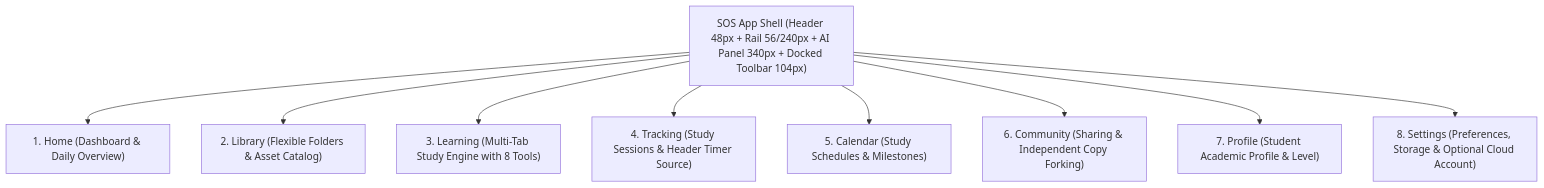
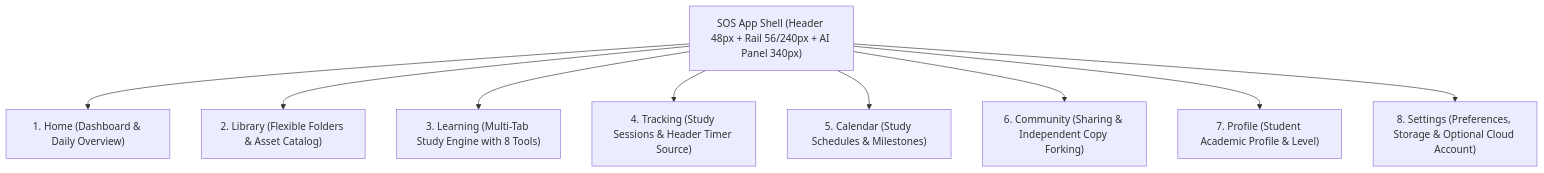
One commit to 3bdallahusin/sos-v3 changed the first of 2 diagrams in PRODUCT_SPEC.md. Above: the diagram before and after it, drawn with Mermaid. The commit also changed other lines of this file and 3 other files, not shown here.

````diff
--- a/PRODUCT_SPEC.md
+++ b/PRODUCT_SPEC.md
@@ -38,13 +38,13 @@
 ```mermaid
 flowchart TD
-    Shell["SOS App Shell (Header 48px + Rail 56/240px + AI Panel 340px + Docked Toolbar 104px)"]
+    Shell["SOS App Shell (Header 48px + Rail 56/240px + AI Panel 340px)"]
     
     Shell --> Sec1["1. Home (Dashboard & Daily Overview)"]
     Shell --> Sec2["2. Library (Flexible Folders & Asset Catalog)"]
     Shell --> Sec3["3. Learning (Multi-Tab Study Engine with 8 Tools)"]
     Shell --> Sec4["4. Tracking (Study Sessions & Header Timer Source)"]
     Shell --> Sec5["5. Calendar (Study Schedules & Milestones)"]
     Shell --> Sec6["6. Community (Sharing & Independent Copy Forking)"]
     Shell --> Sec7["7. Profile (Student Academic Profile & Level)"]
     Shell --> Sec8["8. Settings (Preferences, Storage & Optional Cloud Account)"]
 ```
````
